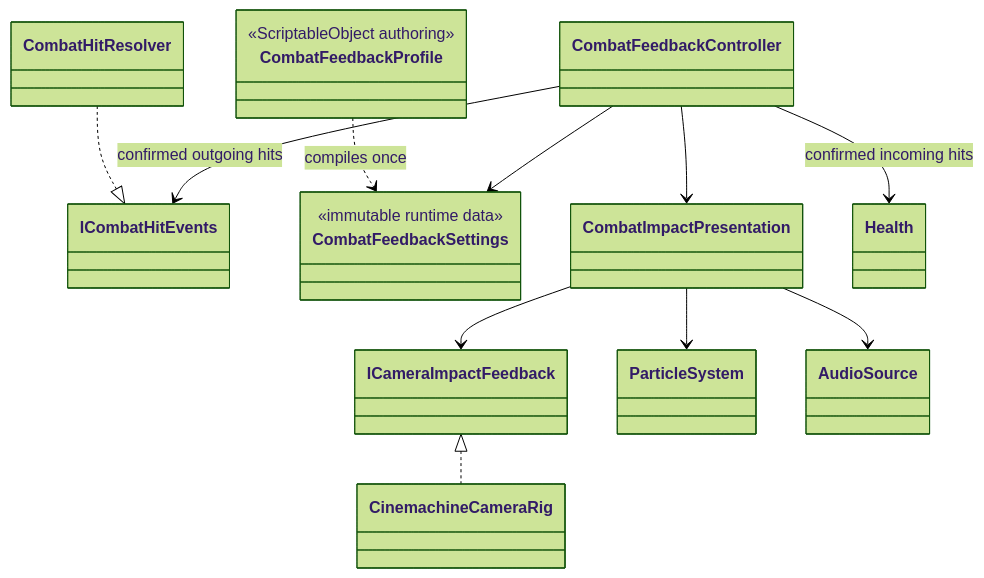
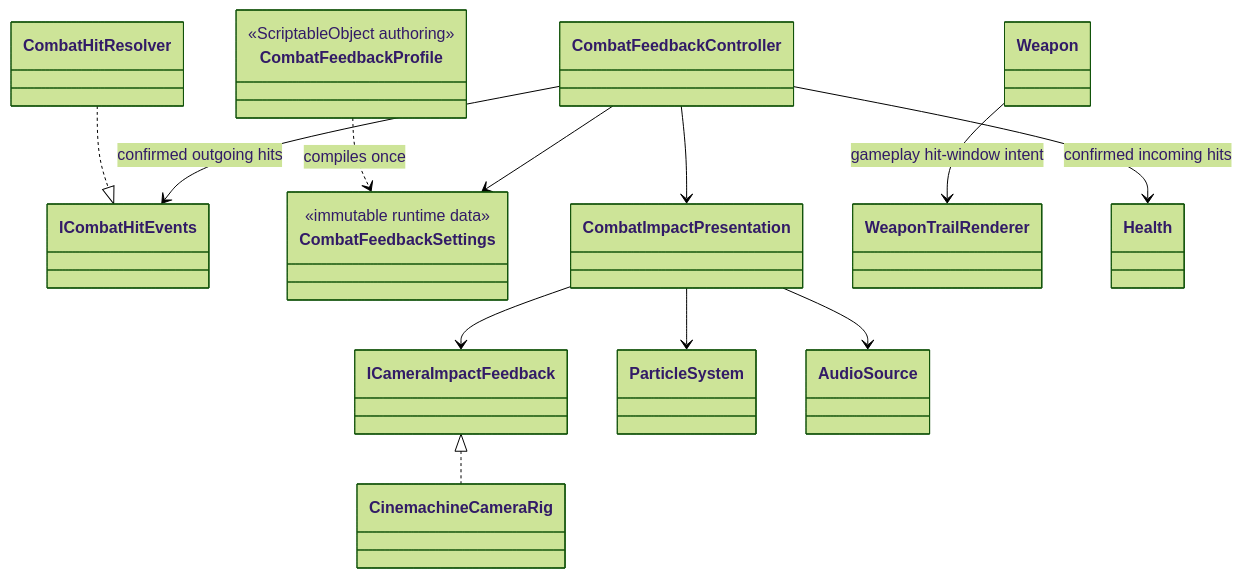
Before and after one commit to MaximFonariuc/project-s: the diagram in Assets/_App/Core/Runtime/Combat/Feedback/README.md, drawn with Mermaid (forest theme). The commit also changed other lines of this file and 4 other files, not shown here.

Commit message:
feat(combat): add hit-window weapon trails

````diff
--- a/Assets/_App/Core/Runtime/Combat/Feedback/README.md
+++ b/Assets/_App/Core/Runtime/Combat/Feedback/README.md
@@ -6,28 +6,31 @@
 ```mermaid
 classDiagram
     class CombatHitResolver
     class ICombatHitEvents
     class CombatFeedbackController
     class CombatFeedbackProfile {
         <<ScriptableObject authoring>>
     }
     class CombatFeedbackSettings {
         <<immutable runtime data>>
     }
     class CombatImpactPresentation
     class ICameraImpactFeedback
     class CinemachineCameraRig
     class ParticleSystem
     class AudioSource
+    class Weapon
+    class WeaponTrailRenderer
 
     CombatHitResolver ..|> ICombatHitEvents
     CombatFeedbackController --> ICombatHitEvents : confirmed outgoing hits
     CombatFeedbackController --> Health : confirmed incoming hits
     CombatFeedbackProfile ..> CombatFeedbackSettings : compiles once
     CombatFeedbackController --> CombatFeedbackSettings
     CombatFeedbackController --> CombatImpactPresentation
     CombatImpactPresentation --> ICameraImpactFeedback
     ICameraImpactFeedback <|.. CinemachineCameraRig
     CombatImpactPresentation --> ParticleSystem
     CombatImpactPresentation --> AudioSource
+    Weapon --> WeaponTrailRenderer : gameplay hit-window intent
 ```
````
